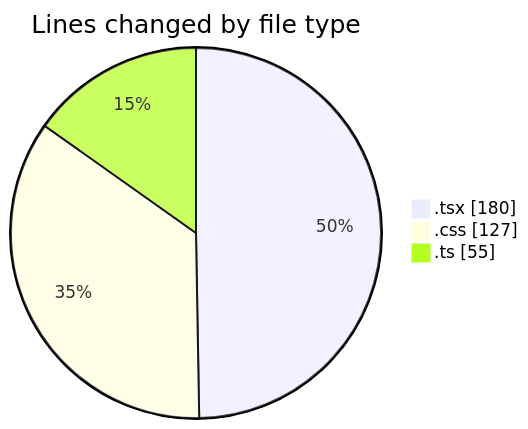
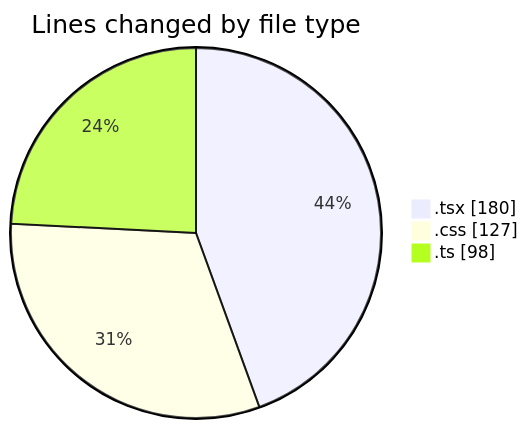
Before and after one commit to robertbonfada/code-tracking: the first of 2 diagrams in 2025-01-09/mbc-web/README.md, drawn with Mermaid. The commit also changed other lines of this file and 1 other file, not shown here.

````diff
--- a/2025-01-09/mbc-web/README.md
+++ b/2025-01-09/mbc-web/README.md
@@ -29,7 +29,7 @@
 ```mermaid
 pie showData
 title Lines changed by file type
 ".tsx" : 180
 ".css" : 127
-".ts" : 55
+".ts" : 98
 ```
````
